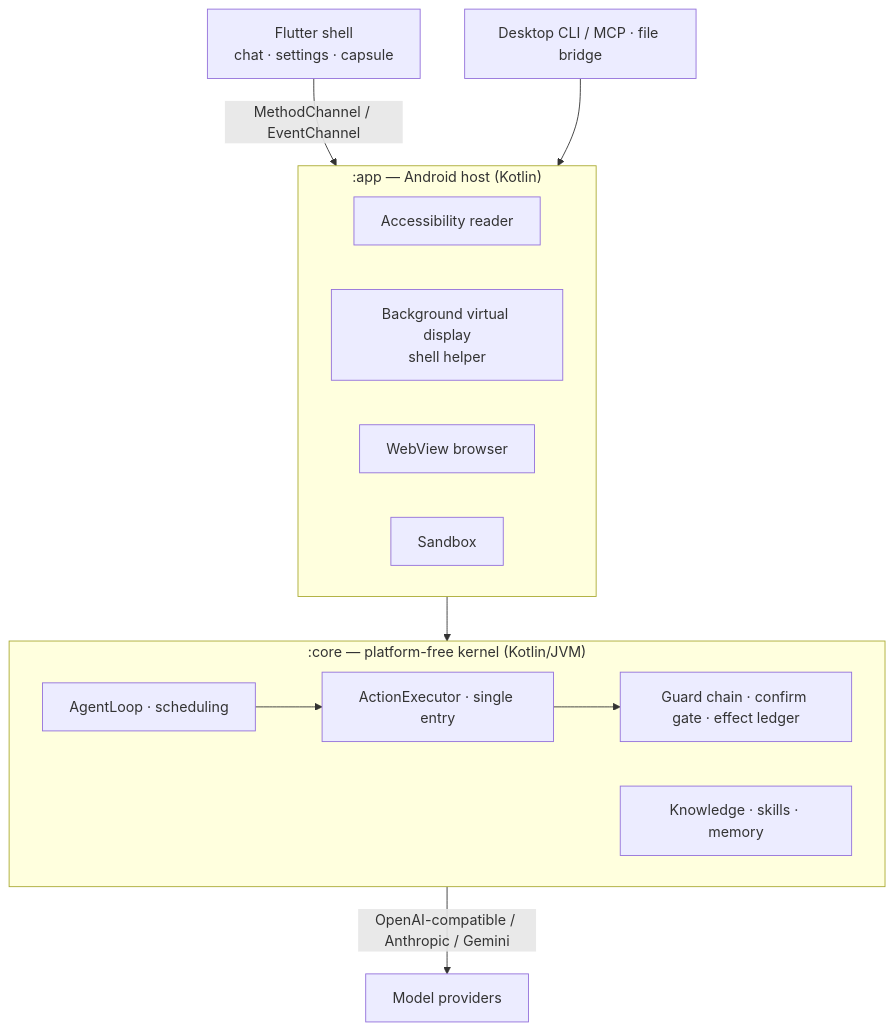
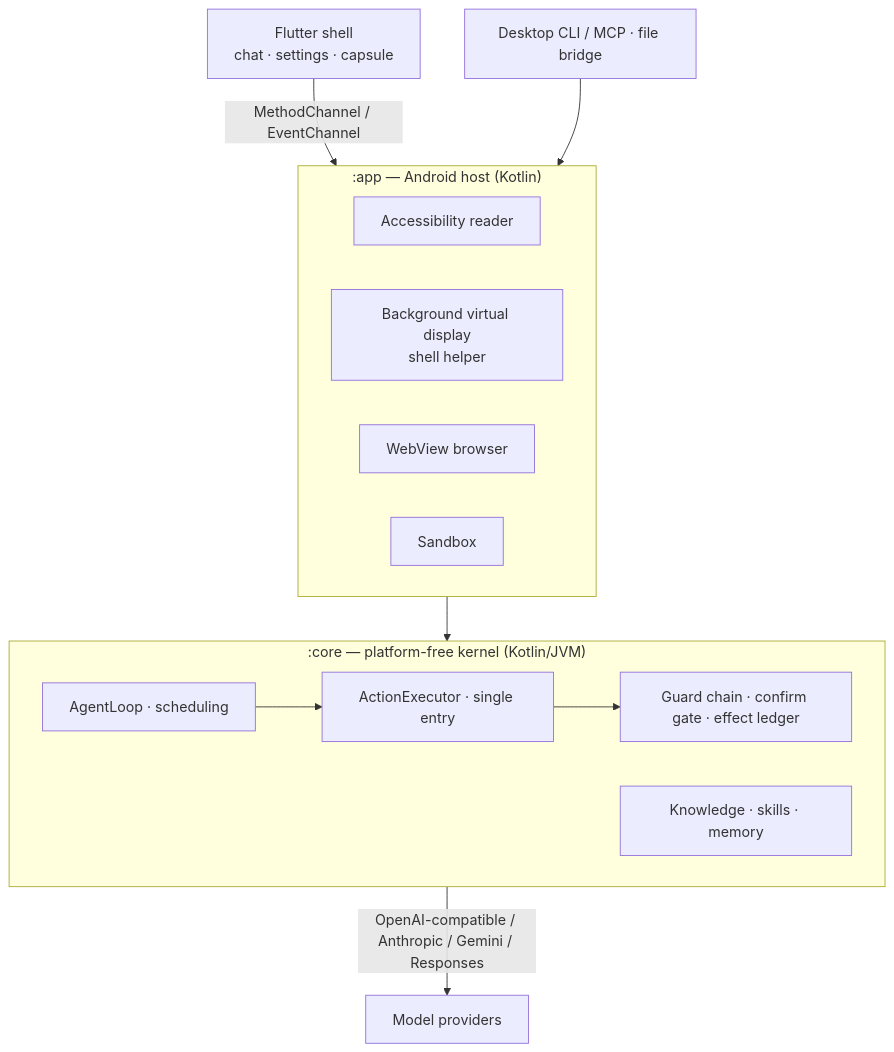
Before and after one commit to Daiyimo/Maeve: the diagram in README.en.md, drawn with Mermaid. The commit also changed other lines of this file and 39 other files, not shown here.

````diff
--- a/README.en.md
+++ b/README.en.md
@@ -135,20 +135,20 @@
 ```mermaid
 flowchart TD
     UI["Flutter shell<br/>chat · settings · capsule"] -->|MethodChannel / EventChannel| APP
     R2["Desktop CLI / MCP · file bridge"] --> APP
     subgraph APP[":app — Android host (Kotlin)"]
         A11Y["Accessibility reader"]
         VD["Background virtual display<br/>shell helper"]
         WEB["WebView browser"]
         SBX["Sandbox"]
     end
     APP --> CORE
     subgraph CORE[":core — platform-free kernel (Kotlin/JVM)"]
         LOOP["AgentLoop · scheduling"]
         EXEC["ActionExecutor · single entry"]
         GUARD["Guard chain · confirm gate · effect ledger"]
         KSM["Knowledge · skills · memory"]
         LOOP --> EXEC --> GUARD
     end
-    CORE -->|OpenAI-compatible / Anthropic / Gemini| LLM["Model providers"]
+    CORE -->|OpenAI-compatible / Anthropic / Gemini / Responses| LLM["Model providers"]
 ```
````
